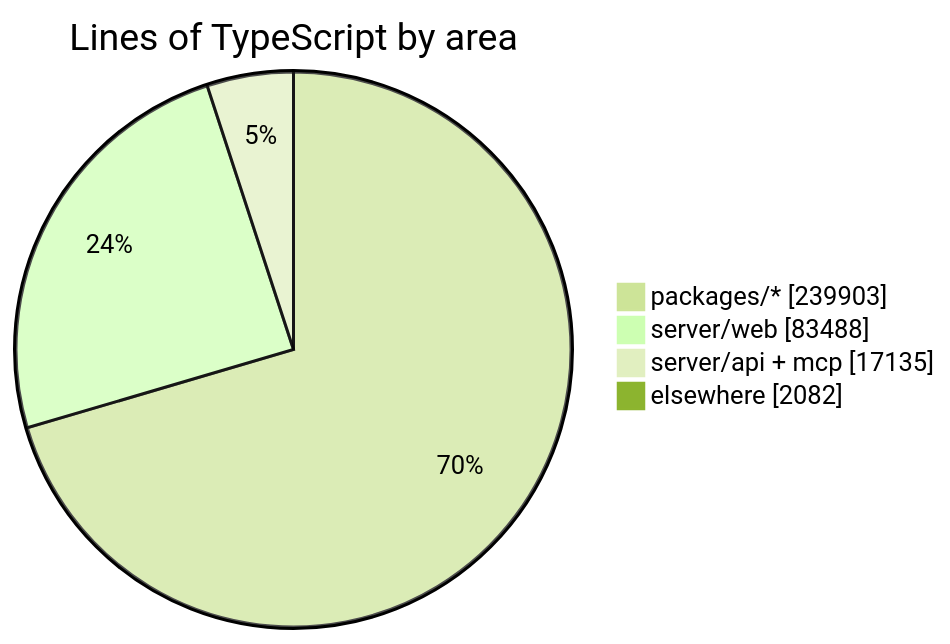
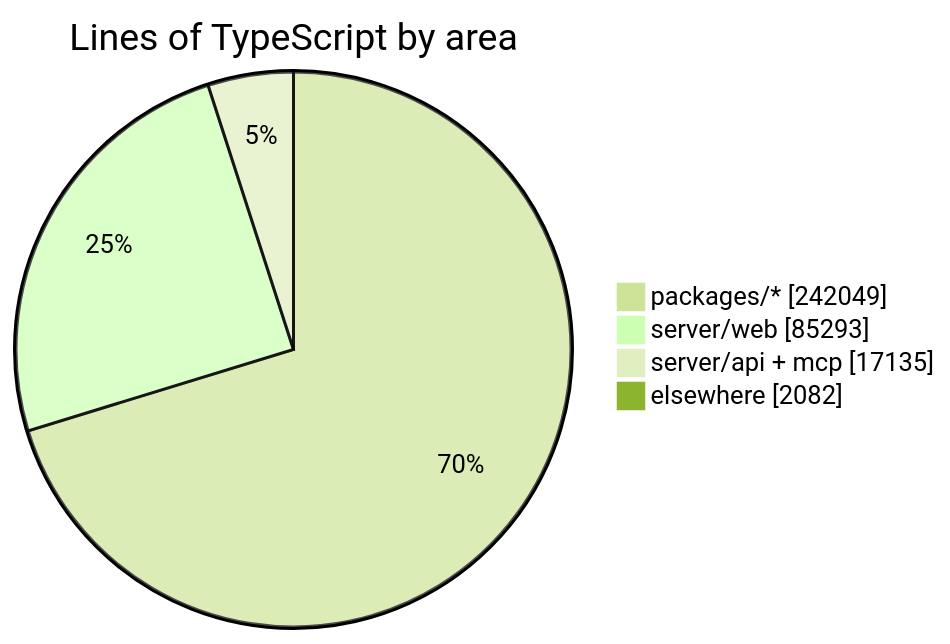
The diagram in README.md (crossworks-engineering/mantle), drawn with Mermaid (forest theme) before and after one commit. The commit also changed other lines of this file and 2 other files, not shown here.

````diff
--- a/README.md
+++ b/README.md
@@ -287,7 +287,7 @@
 ```mermaid
 pie showData title Lines of TypeScript by area
-    "packages/*" : 239903
-    "server/web" : 83488
+    "packages/*" : 242049
+    "server/web" : 85293
     "server/api + mcp" : 17135
     "elsewhere" : 2082
 ```
````
